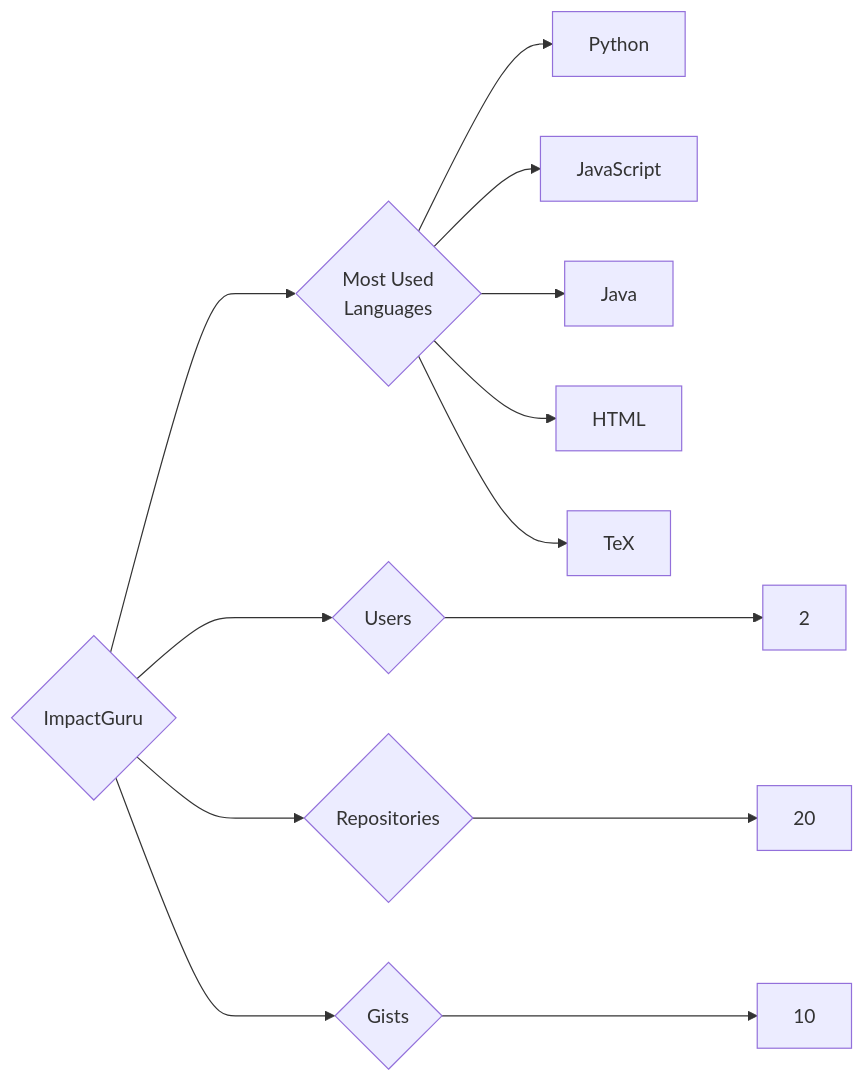
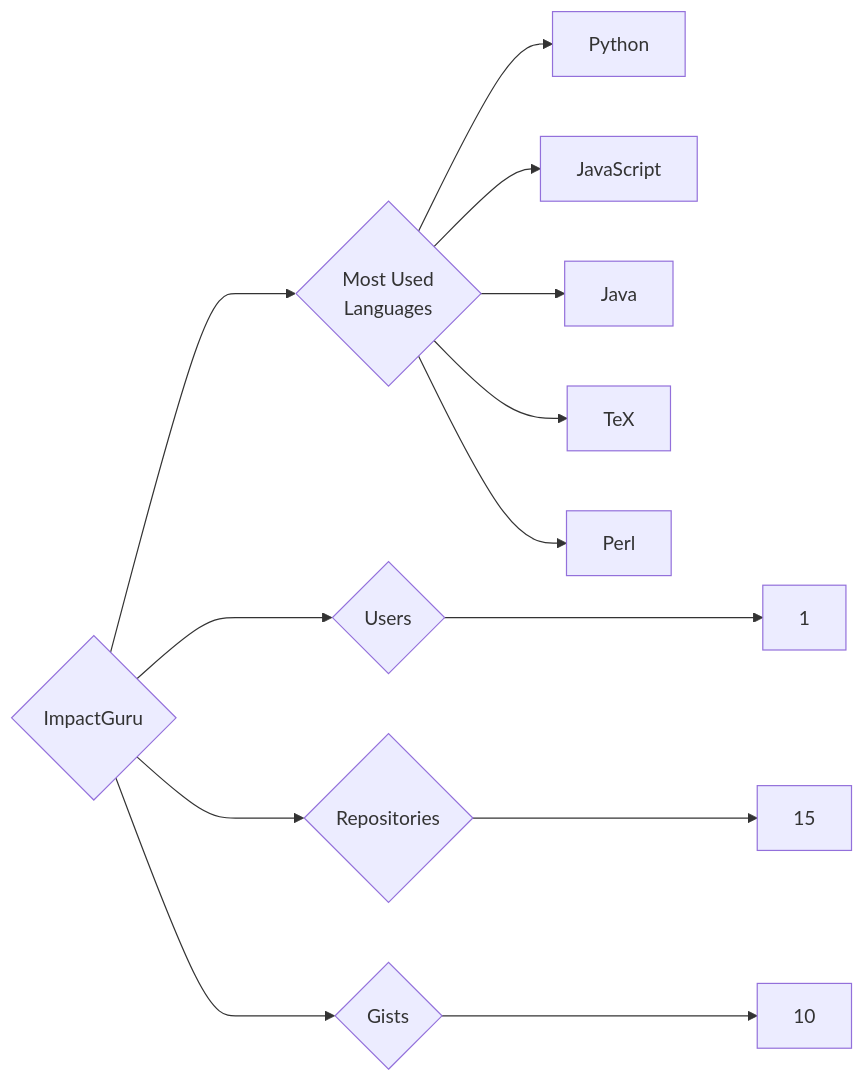
One commit to trickest/insiders changed the diagram in targets/ImpactGuru/README.md. Above: the diagram before and after it, drawn with Mermaid. The commit also changed 1170 other files, not shown here.

````diff
--- a/targets/ImpactGuru/README.md
+++ b/targets/ImpactGuru/README.md
@@ -3,13 +3,13 @@
 ```mermaid
 graph LR
 COMPANY_NAME{ImpactGuru}
-COMPANY_NAME ---> U{Users} ---> UN[2]
-COMPANY_NAME ---> R{Repositories} ---> RN[20]
+COMPANY_NAME ---> U{Users} ---> UN[1]
+COMPANY_NAME ---> R{Repositories} ---> RN[15]
 COMPANY_NAME ---> G{Gists} ---> GN[10]
 COMPANY_NAME ---> ML{Most Used<br>Languages}
 ML --> Python[Python]
 ML --> JavaScript[JavaScript]
 ML --> Java[Java]
-ML --> HTML[HTML]
 ML --> TeX[TeX]
+ML --> Perl[Perl]
 ```
````
